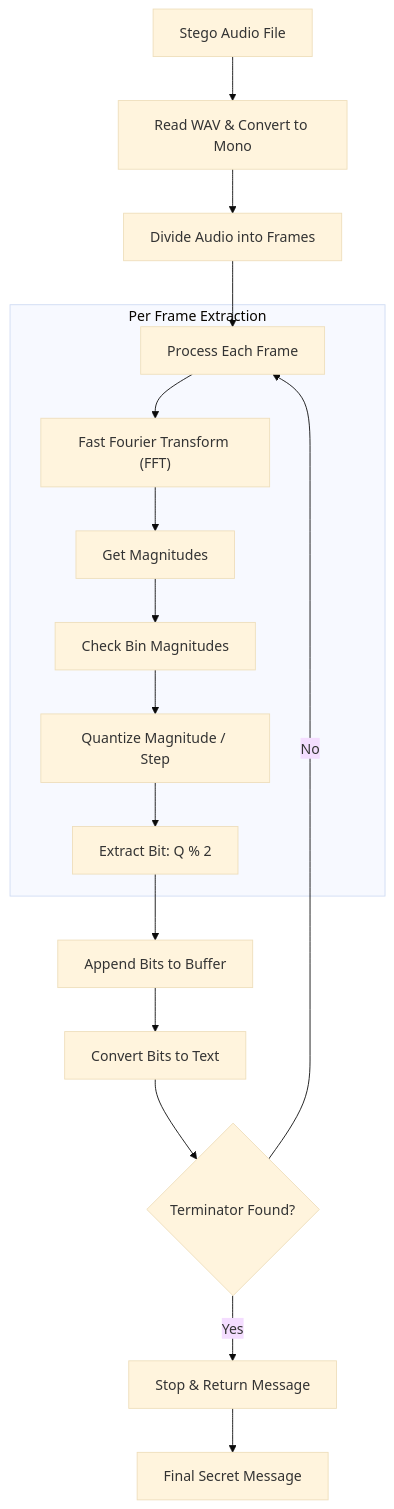
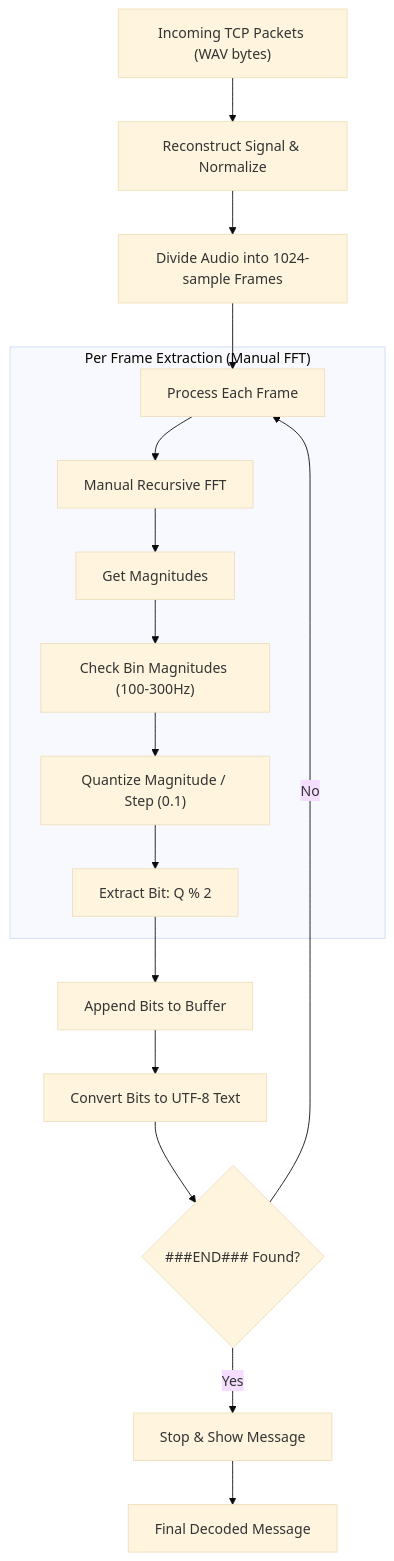
One commit to shrawan077/Audio-Steganography-project changed the second of 4 diagrams in walkthrough2.md. Above: the diagram before and after it, drawn with Mermaid (base theme). The commit also changed other lines of this file and 3 other files, not shown here.

````diff
--- a/walkthrough2.md
+++ b/walkthrough2.md
@@ -37,22 +37,22 @@
 ```mermaid
 graph TD
-    A["Stego Audio File"] --> B["Read WAV & Convert to Mono"]
-    B --> C["Divide Audio into Frames"]
+    A["Incoming TCP Packets (WAV bytes)"] --> B["Reconstruct Signal & Normalize"]
+    B --> C["Divide Audio into 1024-sample Frames"]
     C --> D["Process Each Frame"]
     
-    subgraph "Per Frame Extraction"
-        D --> E["Fast Fourier Transform (FFT)"]
+    subgraph "Per Frame Extraction (Manual FFT)"
+        D --> E["Manual Recursive FFT"]
         E --> F["Get Magnitudes"]
-        F --> G["Check Bin Magnitudes"]
-        G --> H["Quantize Magnitude / Step"]
+        F --> G["Check Bin Magnitudes (100-300Hz)"]
+        G --> H["Quantize Magnitude / Step (0.1)"]
         H --> I["Extract Bit: Q % 2"]
     end
     
     I --> J["Append Bits to Buffer"]
-    J --> K["Convert Bits to Text"]
-    K --> L{"Terminator Found?"}
-    L -- "Yes" --> M["Stop & Return Message"]
+    J --> K["Convert Bits to UTF-8 Text"]
+    K --> L{"###END### Found?"}
+    L -- "Yes" --> M["Stop & Show Message"]
     L -- "No" --> D
     
-    M --> N["Final Secret Message"]
+    M --> N["Final Decoded Message"]
 ```
````
